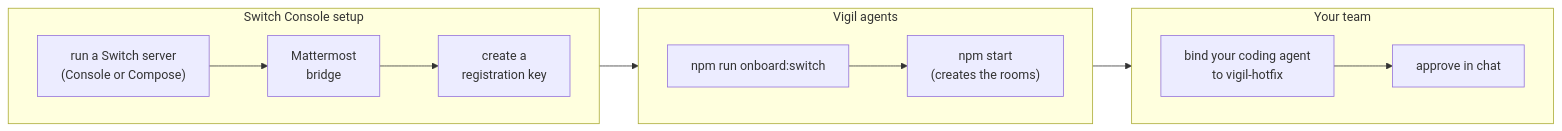
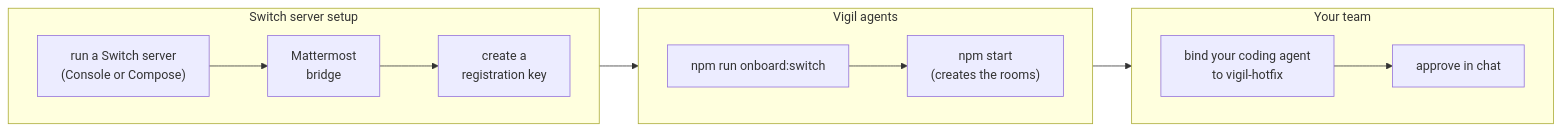
One commit to NetLayerLabs/Vigil changed the eighth of 8 diagrams in README.md. Above: the diagram before and after it, drawn with Mermaid. The commit also changed other lines of this file and 3 other files, not shown here.

````diff
--- a/README.md
+++ b/README.md
@@ -252,16 +252,16 @@
 ```mermaid
 flowchart LR
-  subgraph Setup["Switch Console setup"]
+  subgraph Setup["Switch server setup"]
     direction LR
     A1["run a Switch server<br/>(Console or Compose)"] --> A2["Mattermost<br/>bridge"] --> A3["create a<br/>registration key"]
   end
   subgraph Agents["Vigil agents"]
     direction LR
     B1["npm run onboard:switch"] --> B3["npm start<br/>(creates the rooms)"]
   end
   subgraph Team["Your team"]
     direction LR
     C1["bind your coding agent<br/>to vigil-hotfix"] --> C2["approve in chat"]
   end
   Setup --> Agents --> Team
 ```
````
